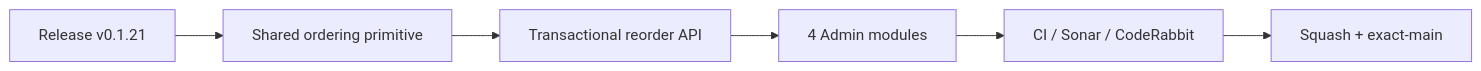
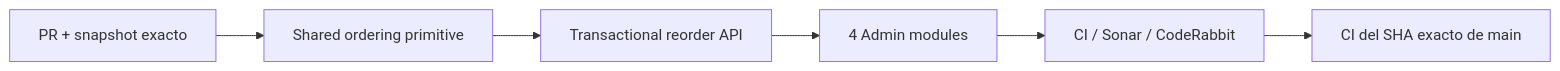
Before and after one commit to pl0n3r/brvtal: the diagram in README.md, drawn with Mermaid.

Commit message:
docs: restore README delivery markers

````diff
--- a/README.md
+++ b/README.md
@@ -49,8 +49,8 @@
 ```mermaid
 flowchart LR
- A["Release v0.1.21"] --> U["Shared ordering primitive"]
+ A["PR + snapshot exacto"] --> U["Shared ordering primitive"]
  U --> API["Transactional reorder API"]
  API --> M["4 Admin modules"]
  M --> Q["CI / Sonar / CodeRabbit"]
- Q --> X["Squash + exact-main"]
+ Q --> X["CI del SHA exacto de main"]
 ```
````
